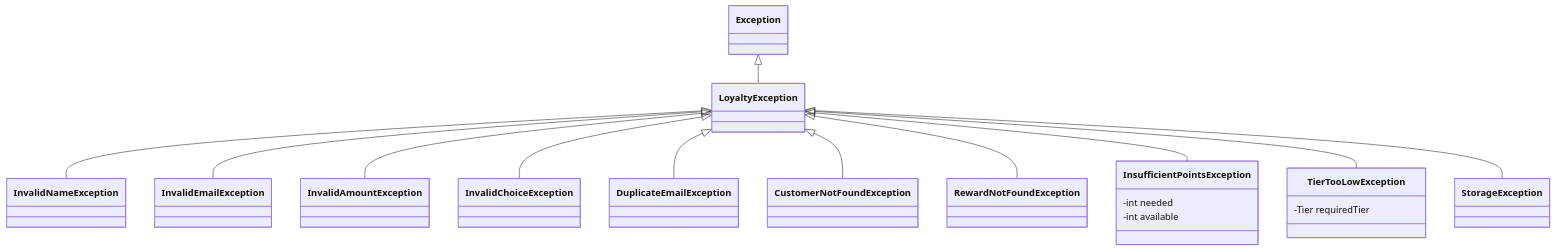
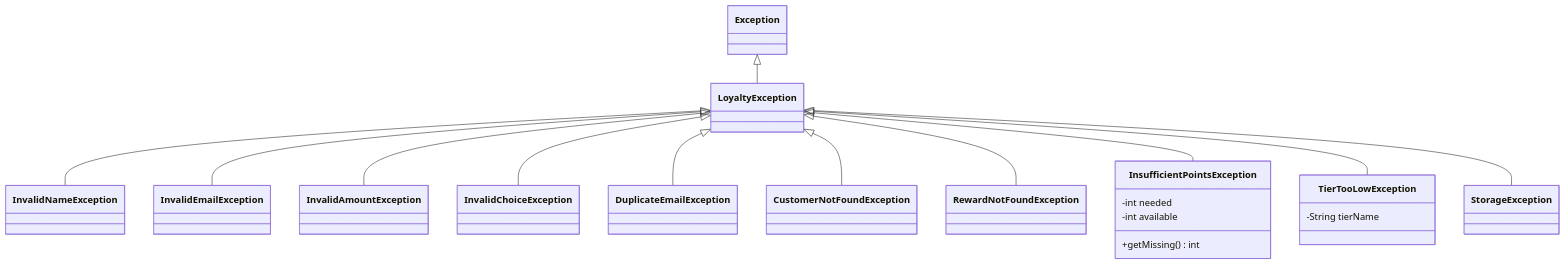
One commit to amrohus-maker/Final-Prog2-AmroHussein-LoyatyProgram changed the third of 3 diagrams in docs/uml-class-diagram.md. Above: the diagram before and after it, drawn with Mermaid. The commit also changed other lines of this file and 1 other file, not shown here.

Commit message:
Update README status and UML for the Day 2 classes (#4)

````diff
--- a/docs/uml-class-diagram.md
+++ b/docs/uml-class-diagram.md
@@ -173,32 +175,33 @@
 ```mermaid
 classDiagram
     class Exception
     class LoyaltyException
     class InvalidNameException
     class InvalidEmailException
     class InvalidAmountException
     class InvalidChoiceException
     class DuplicateEmailException
     class CustomerNotFoundException
     class RewardNotFoundException
     class InsufficientPointsException {
         -int needed
         -int available
+        +getMissing() int
     }
     class TierTooLowException {
-        -Tier requiredTier
+        -String tierName
     }
     class StorageException
 
     Exception <|-- LoyaltyException
     LoyaltyException <|-- InvalidNameException
     LoyaltyException <|-- InvalidEmailException
     LoyaltyException <|-- InvalidAmountException
     LoyaltyException <|-- InvalidChoiceException
     LoyaltyException <|-- DuplicateEmailException
     LoyaltyException <|-- CustomerNotFoundException
     LoyaltyException <|-- RewardNotFoundException
     LoyaltyException <|-- InsufficientPointsException
     LoyaltyException <|-- TierTooLowException
     LoyaltyException <|-- StorageException
 ```
````
